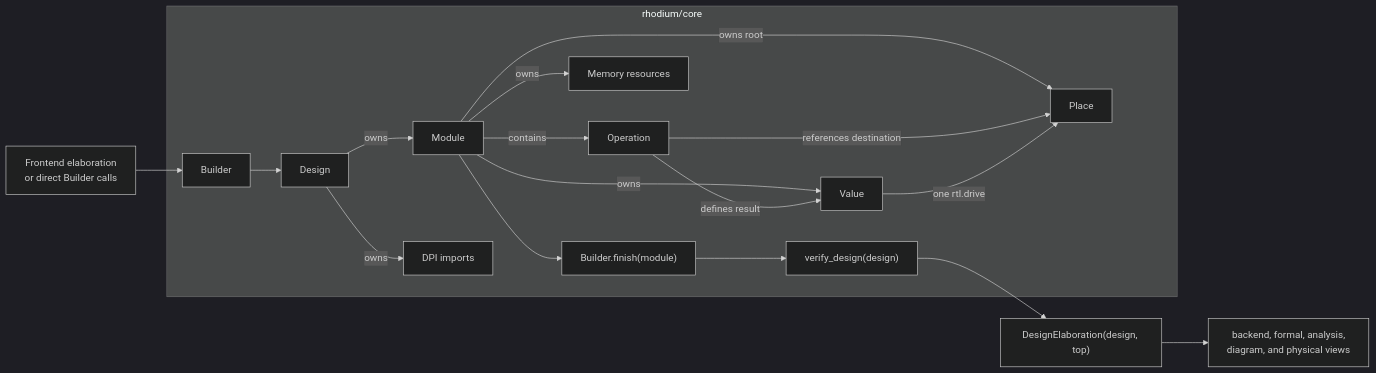
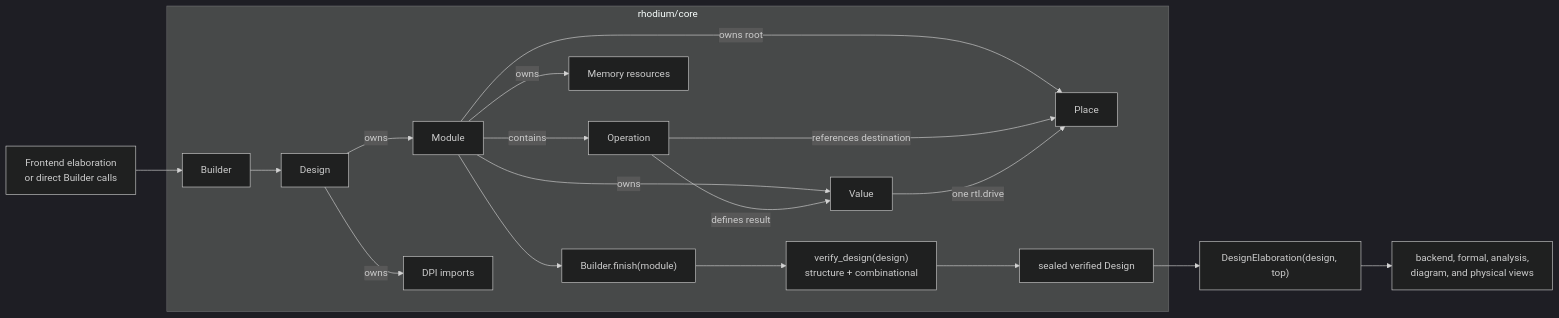
Before and after one commit to jerryz123/rhodium: the diagram in rhodium/core/README.md, drawn with Mermaid (dark theme). The commit also changed other lines of this file and 9 other files, not shown here.

````diff
--- a/rhodium/core/README.md
+++ b/rhodium/core/README.md
@@ -44,22 +44,23 @@
 ```mermaid
 flowchart LR
   Authoring["Frontend elaboration<br/>or direct Builder calls"] --> Builder
 
   subgraph Core["rhodium/core"]
     Builder --> Design
     Design -->|owns| Module
     Design -->|owns| DPI["DPI imports"]
     Module -->|contains| Operation
     Module -->|owns| Value
     Module -->|owns root| Place
     Operation -->|defines result| Value
     Operation -->|references destination| Place
     Module -->|owns| Resource["Memory resources"]
     Value -->|one rtl.drive| Place
     Module --> Finish["Builder.finish(module)"]
-    Finish --> Verify["verify_design(design)"]
+    Finish --> Verify["verify_design(design)<br/>structure + combinational"]
+    Verify --> Seal["sealed verified Design"]
   end
 
-  Verify --> Elaboration["DesignElaboration(design, top)"]
+  Seal --> Elaboration["DesignElaboration(design, top)"]
   Elaboration --> Consumers["backend, formal, analysis,<br/>diagram, and physical views"]
 ```
````
